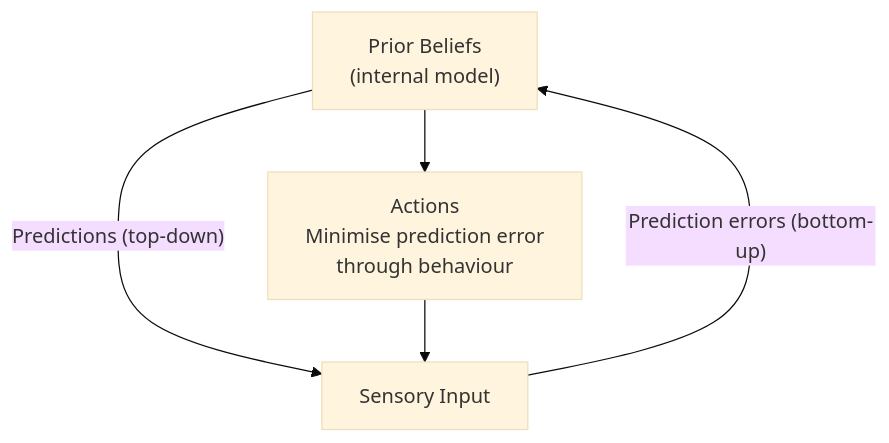
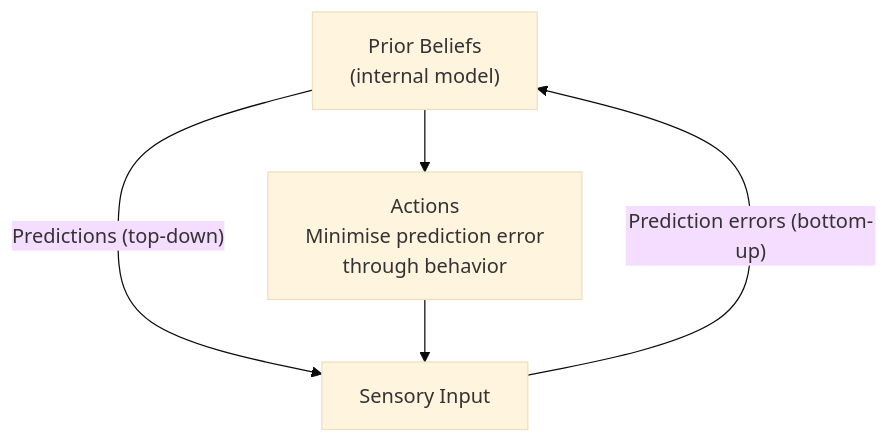
The third of 4 diagrams in manuscript/unit_0/active_inference.md (docxology/biology_textbook), drawn with Mermaid (base theme) before and after one commit. The commit also changed other lines of this file and 247 other files, not shown here.

````diff
--- a/manuscript/unit_0/active_inference.md
+++ b/manuscript/unit_0/active_inference.md
@@ -241,7 +241,7 @@
 ```mermaid
 graph TD
     Prior["Prior Beliefs\n(internal model)"] -->|"Predictions (top-down)"| Sensor["Sensory Input"]
     Sensor -->|"Prediction errors (bottom-up)"| Prior
-    Prior --> Action["Actions\nMinimise prediction error\nthrough behaviour"]
+    Prior --> Action["Actions\nMinimise prediction error\nthrough behavior"]
     Action --> Sensor
 ```
````
